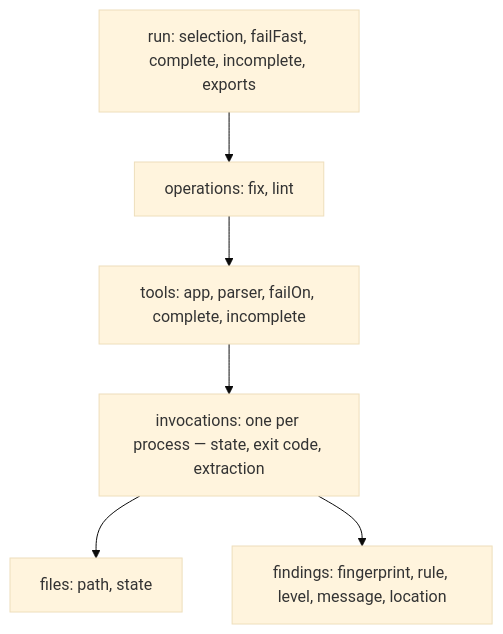
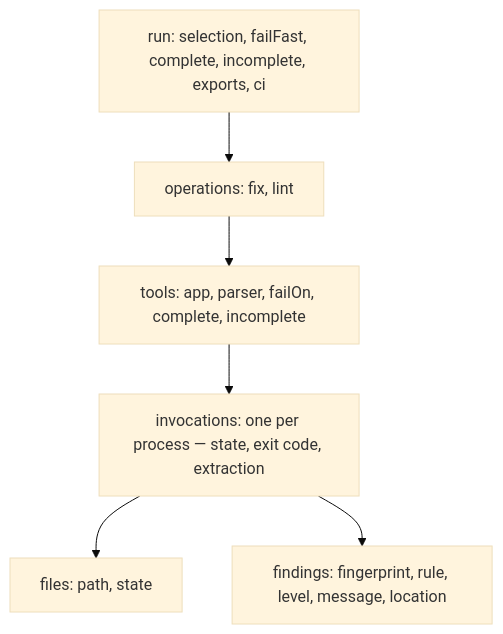
Before and after one commit to datamitsu/datamitsu: the diagram in internal/llmsdocs/embed/pages/guides/reports.md, drawn with Mermaid (base theme). The commit also changed other lines of this file and 107 other files, not shown here.

````diff
--- a/internal/llmsdocs/embed/pages/guides/reports.md
+++ b/internal/llmsdocs/embed/pages/guides/reports.md
@@ -22,8 +23,8 @@
 ```mermaid
 graph TD
-    R["run: selection, failFast, complete, incomplete, exports"] --> O["operations: fix, lint"]
+    R["run: selection, failFast, complete, incomplete, exports, ci"] --> O["operations: fix, lint"]
     O --> T["tools: app, parser, failOn, complete, incomplete"]
     T --> I["invocations: one per process — state, exit code, extraction"]
     I --> F["files: path, state"]
     I --> D["findings: fingerprint, rule, level, message, location"]
 ```
````
